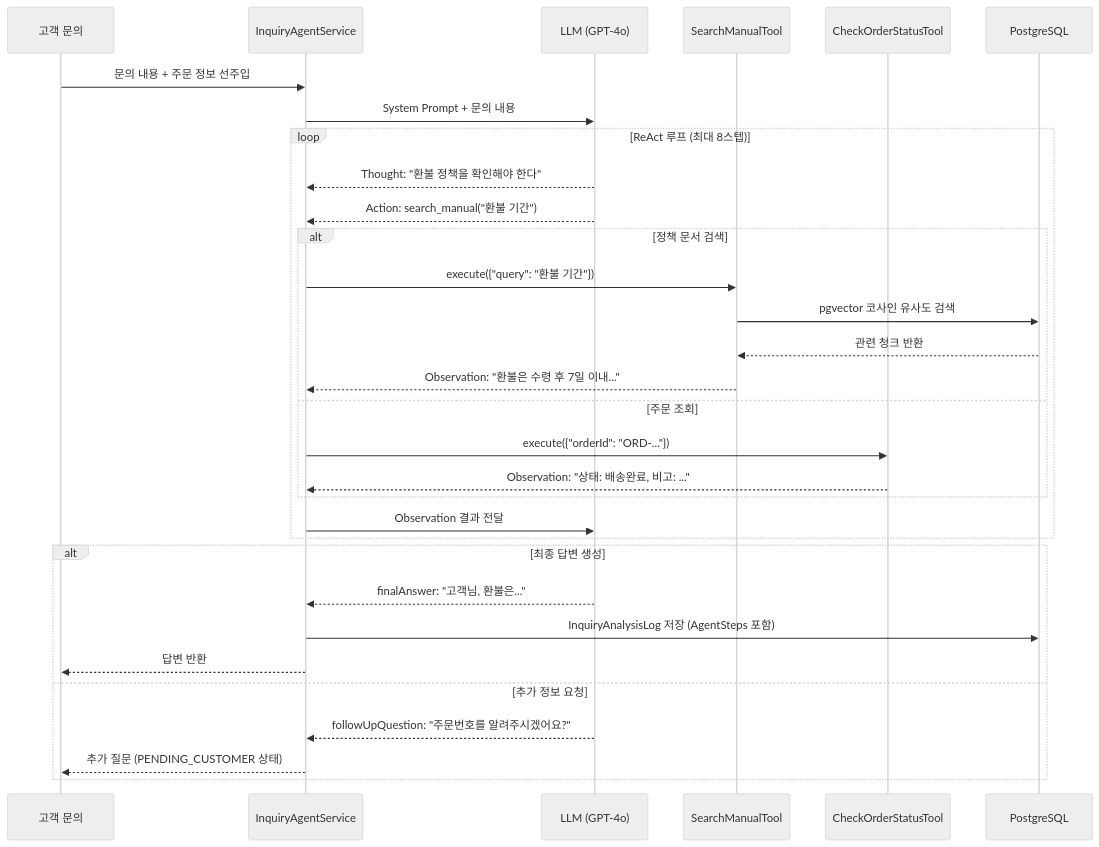
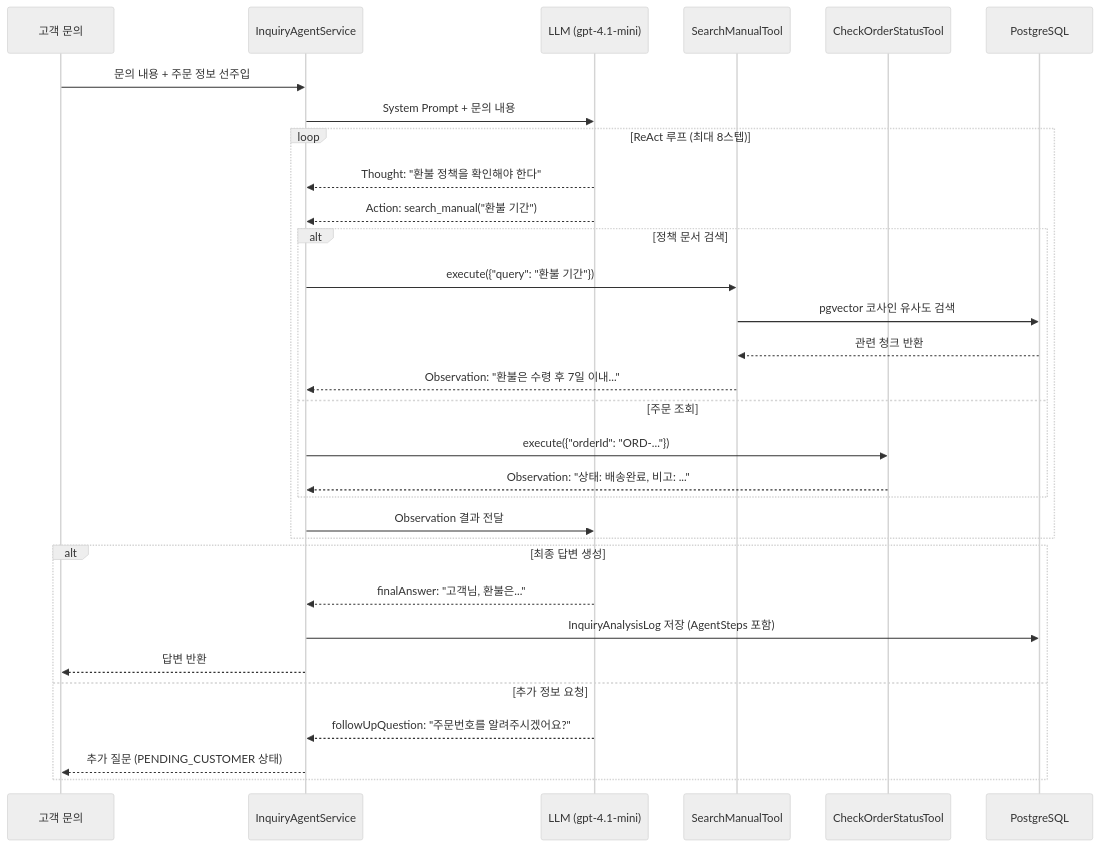
One commit to hanbonghun/ai-cs-assistant changed the second of 4 diagrams in README.md. Above: the diagram before and after it, drawn with Mermaid (neutral theme). The commit also changed other lines of this file and 12 other files, not shown here.

````diff
--- a/README.md
+++ b/README.md
@@ -92,38 +93,38 @@
 ```mermaid
 sequenceDiagram
     participant C as 고객 문의
     participant A as InquiryAgentService
-    participant L as LLM (GPT-4o)
+    participant L as LLM (gpt-4.1-mini)
     participant S as SearchManualTool
     participant O as CheckOrderStatusTool
     participant DB as PostgreSQL
 
     C->>A: 문의 내용 + 주문 정보 선주입
     A->>L: System Prompt + 문의 내용
 
     loop ReAct 루프 (최대 8스텝)
         L-->>A: Thought: "환불 정책을 확인해야 한다"
         L-->>A: Action: search_manual("환불 기간")
 
         alt 정책 문서 검색
             A->>S: execute({"query": "환불 기간"})
             S->>DB: pgvector 코사인 유사도 검색
             DB-->>S: 관련 청크 반환
             S-->>A: Observation: "환불은 수령 후 7일 이내..."
         else 주문 조회
             A->>O: execute({"orderId": "ORD-..."})
             O-->>A: Observation: "상태: 배송완료, 비고: ..."
         end
 
         A->>L: Observation 결과 전달
     end
 
     alt 최종 답변 생성
         L-->>A: finalAnswer: "고객님, 환불은..."
         A->>DB: InquiryAnalysisLog 저장 (AgentSteps 포함)
         A-->>C: 답변 반환
     else 추가 정보 요청
         L-->>A: followUpQuestion: "주문번호를 알려주시겠어요?"
         A-->>C: 추가 질문 (PENDING_CUSTOMER 상태)
     end
 ```
````
